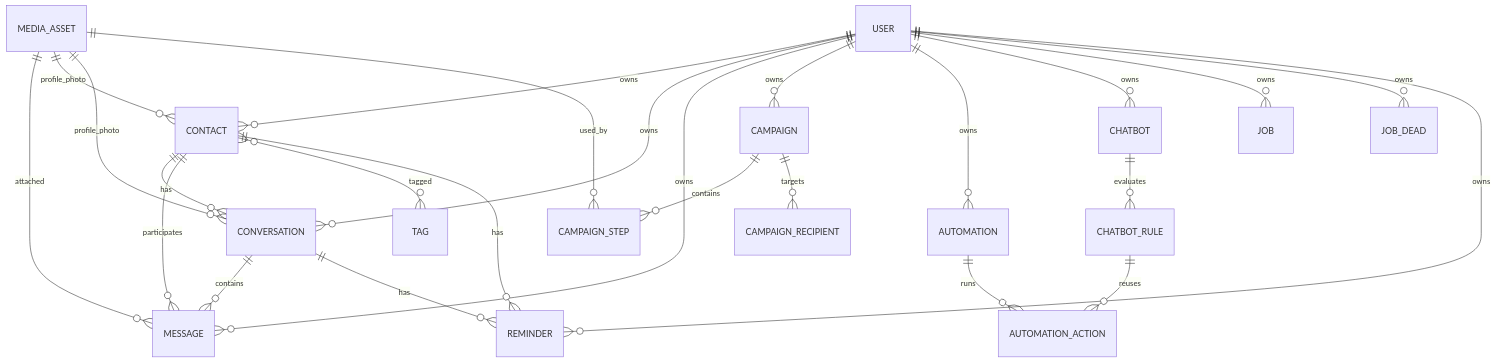
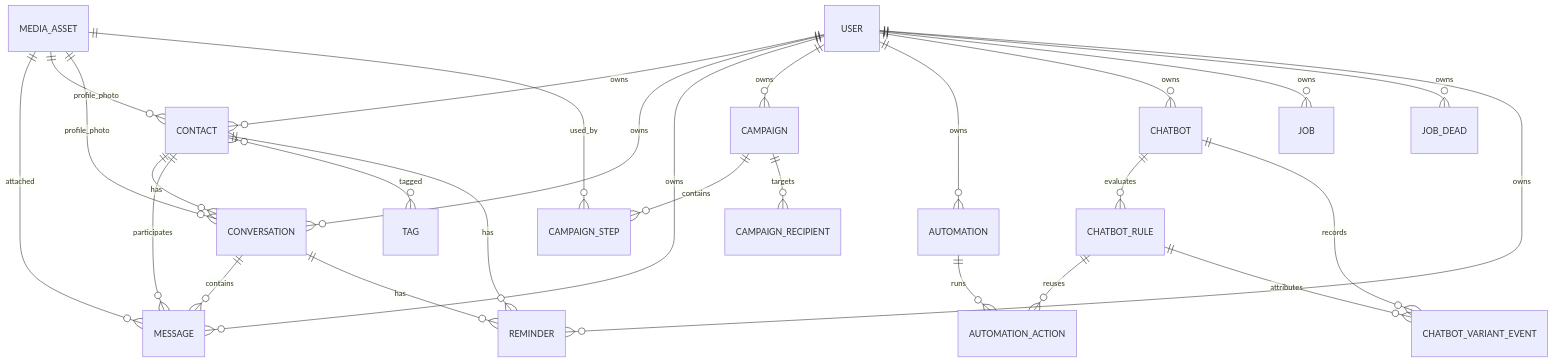
Before and after one commit to gabrielbtw/nuoma-wpp: the diagram in docs/architecture/V2_DATA_MODEL.md, drawn with Mermaid. The commit also changed other lines of this file and 50 other files, not shown here.

````diff
--- a/docs/architecture/V2_DATA_MODEL.md
+++ b/docs/architecture/V2_DATA_MODEL.md
@@ -21,32 +21,34 @@
 ```mermaid
 erDiagram
   USER ||--o{ CONTACT : owns
   USER ||--o{ CONVERSATION : owns
   USER ||--o{ MESSAGE : owns
   USER ||--o{ CAMPAIGN : owns
   USER ||--o{ AUTOMATION : owns
   USER ||--o{ CHATBOT : owns
   USER ||--o{ JOB : owns
   USER ||--o{ JOB_DEAD : owns
   USER ||--o{ REMINDER : owns
 
   CONTACT ||--o{ CONVERSATION : has
   CONTACT ||--o{ MESSAGE : participates
   CONTACT }o--o{ TAG : tagged
   CONTACT ||--o{ REMINDER : has
 
   CONVERSATION ||--o{ MESSAGE : contains
   CONVERSATION ||--o{ REMINDER : has
 
   MEDIA_ASSET ||--o{ MESSAGE : attached
   MEDIA_ASSET ||--o{ CONTACT : profile_photo
   MEDIA_ASSET ||--o{ CONVERSATION : profile_photo
   MEDIA_ASSET ||--o{ CAMPAIGN_STEP : used_by
 
   CAMPAIGN ||--o{ CAMPAIGN_STEP : contains
   CAMPAIGN ||--o{ CAMPAIGN_RECIPIENT : targets
 
   AUTOMATION ||--o{ AUTOMATION_ACTION : runs
   CHATBOT ||--o{ CHATBOT_RULE : evaluates
+  CHATBOT ||--o{ CHATBOT_VARIANT_EVENT : records
   CHATBOT_RULE ||--o{ AUTOMATION_ACTION : reuses
+  CHATBOT_RULE ||--o{ CHATBOT_VARIANT_EVENT : attributes
 ```
````
